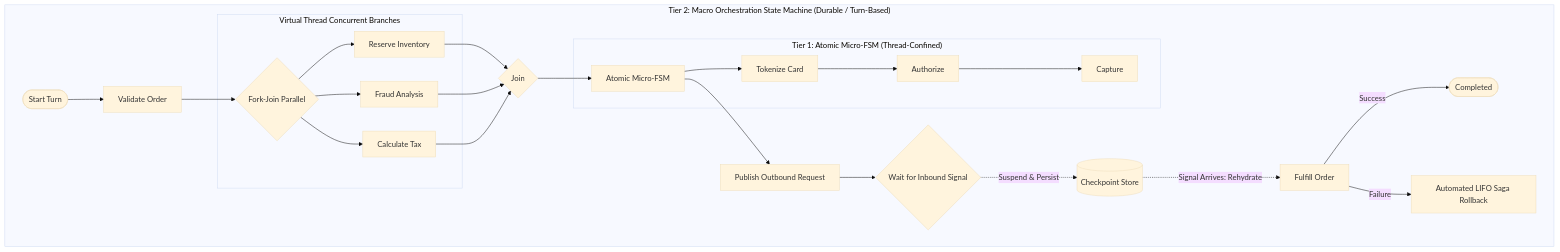
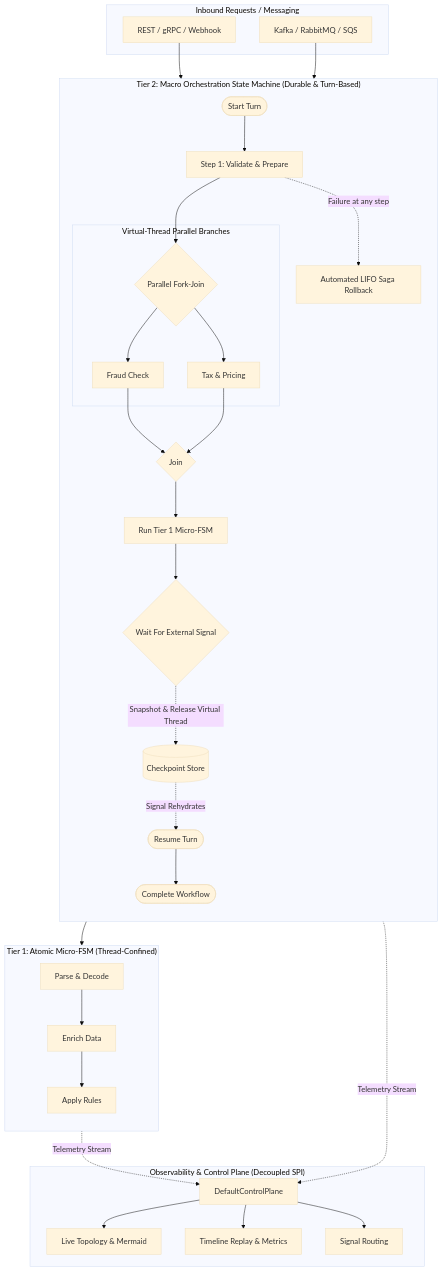
One commit to f442y/dispersion changed the first of 2 diagrams in README.md. Above: the diagram before and after it, drawn with Mermaid (base theme). The commit also changed other lines of this file and 15 other files, not shown here.

Commit message:
docs: rebuild all documentation from scratch with encompassing module readmes and architectural guides

````diff
--- a/README.md
+++ b/README.md
@@ -22,28 +18,47 @@
 ```mermaid
 graph TD
-    subgraph Macro["Tier 2: Macro Orchestration State Machine (Durable / Turn-Based)"]
-        START([Start Turn]) --> V1[Validate Order]
-        V1 --> PARALLEL{Fork-Join Parallel}
+    subgraph Inbound["Inbound Requests / Messaging"]
+        API["REST / gRPC / Webhook"]
+        MSG["Kafka / RabbitMQ / SQS"]
+    end
 
-        subgraph "Virtual Thread Concurrent Branches"
-            PARALLEL --> B1[Reserve Inventory]
-            PARALLEL --> B2[Fraud Analysis]
-            PARALLEL --> B3[Calculate Tax]
+    subgraph Tier2["Tier 2: Macro Orchestration State Machine (Durable & Turn-Based)"]
+        direction TB
+        T2_START(["Start Turn"]) --> STEP1["Step 1: Validate & Prepare"]
+        STEP1 --> FORK{"Parallel Fork-Join"}
+
+        subgraph Concurrency["Virtual-Thread Parallel Branches"]
+            FORK --> B1["Fraud Check"]
+            FORK --> B2["Tax & Pricing"]
         end
 
-        B1 & B2 & B3 --> JOIN{Join}
-        JOIN --> CHILD_FSM[Atomic Micro-FSM]
+        B1 & B2 --> JOIN{"Join"}
+        JOIN --> EMBED["Run Tier 1 Micro-FSM"]
 
-        subgraph Micro["Tier 1: Atomic Micro-FSM (Thread-Confined)"]
-            CHILD_FSM --> A1[Tokenize Card] --> A2[Authorize] --> A3[Capture]
-        end
+        EMBED --> SUSPEND{"Wait For External Signal"}
+        SUSPEND -.->|"Snapshot & Release Virtual Thread"| CP[("Checkpoint Store")]
+        CP -.->|"Signal Rehydrates"| RESUME(["Resume Turn"])
+        RESUME --> T2_END(["Complete Workflow"])
 
-        CHILD_FSM --> PUB[Publish Outbound Request]
-        PUB --> WAIT_SIG{Wait for Inbound Signal}
-        WAIT_SIG -.->|Suspend & Persist| STORE[(Checkpoint Store)]
-        STORE -.->|Signal Arrives: Rehydrate| FULFILL[Fulfill Order]
+        STEP1 -.->|"Failure at any step"| SAGA["Automated LIFO Saga Rollback"]
+    end
 
-        FULFILL -->|Success| ORCH_END([Completed])
-        FULFILL -->|Failure| SAGA[Automated LIFO Saga Rollback]
+    subgraph Tier1["Tier 1: Atomic Micro-FSM (Thread-Confined)"]
+        direction TB
+        A1["Parse & Decode"] --> A2["Enrich Data"] --> A3["Apply Rules"]
     end
+
+    subgraph Control["Observability & Control Plane (Decoupled SPI)"]
+        DCP["DefaultControlPlane"]
+        TOP["Live Topology & Mermaid"]
+        HIST["Timeline Replay & Metrics"]
+        ROUT["Signal Routing"]
+    end
+
+    API --> Tier2
+    MSG --> Tier2
+    EMBED --> Tier1
+    Tier1 -.->|"Telemetry Stream"| DCP
+    Tier2 -.->|"Telemetry Stream"| DCP
+    DCP --> TOP & HIST & ROUT
 ```
````
